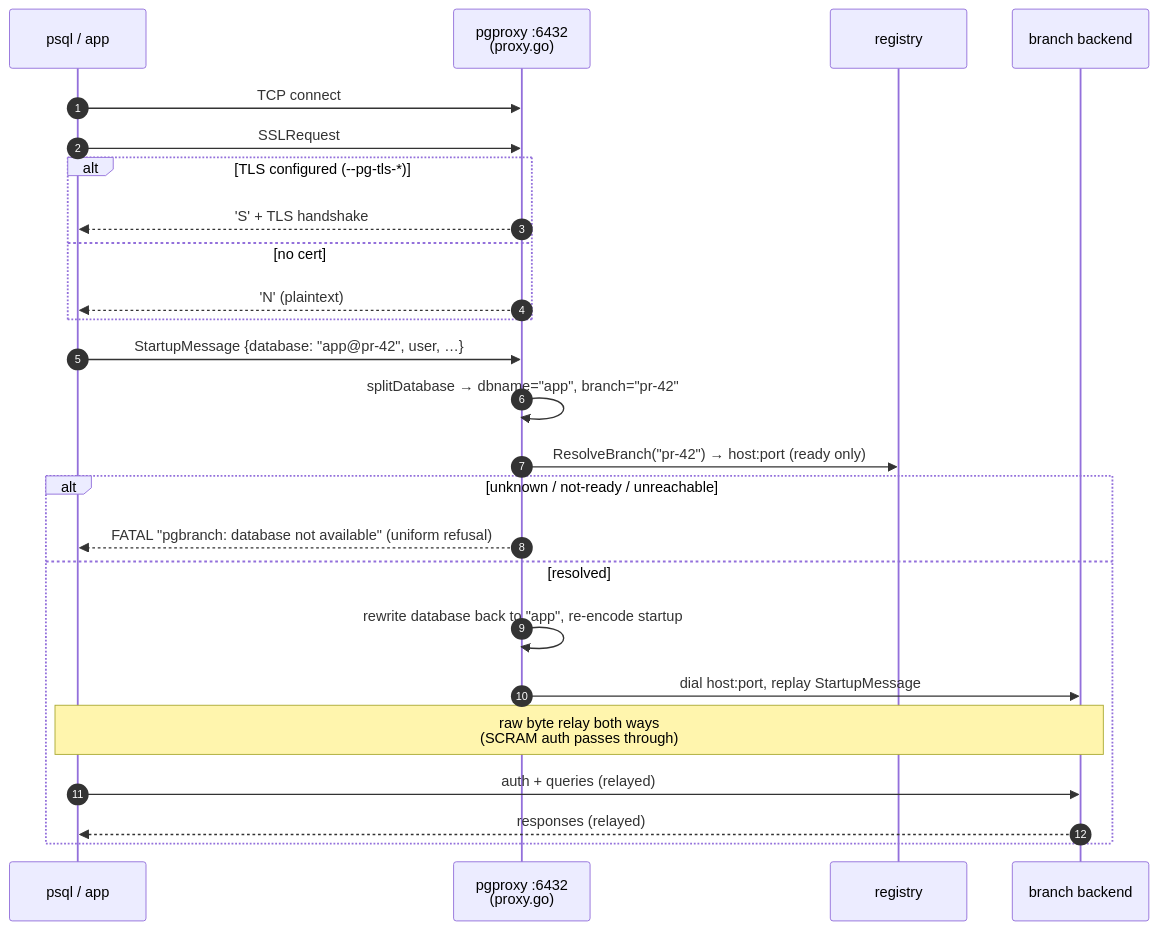
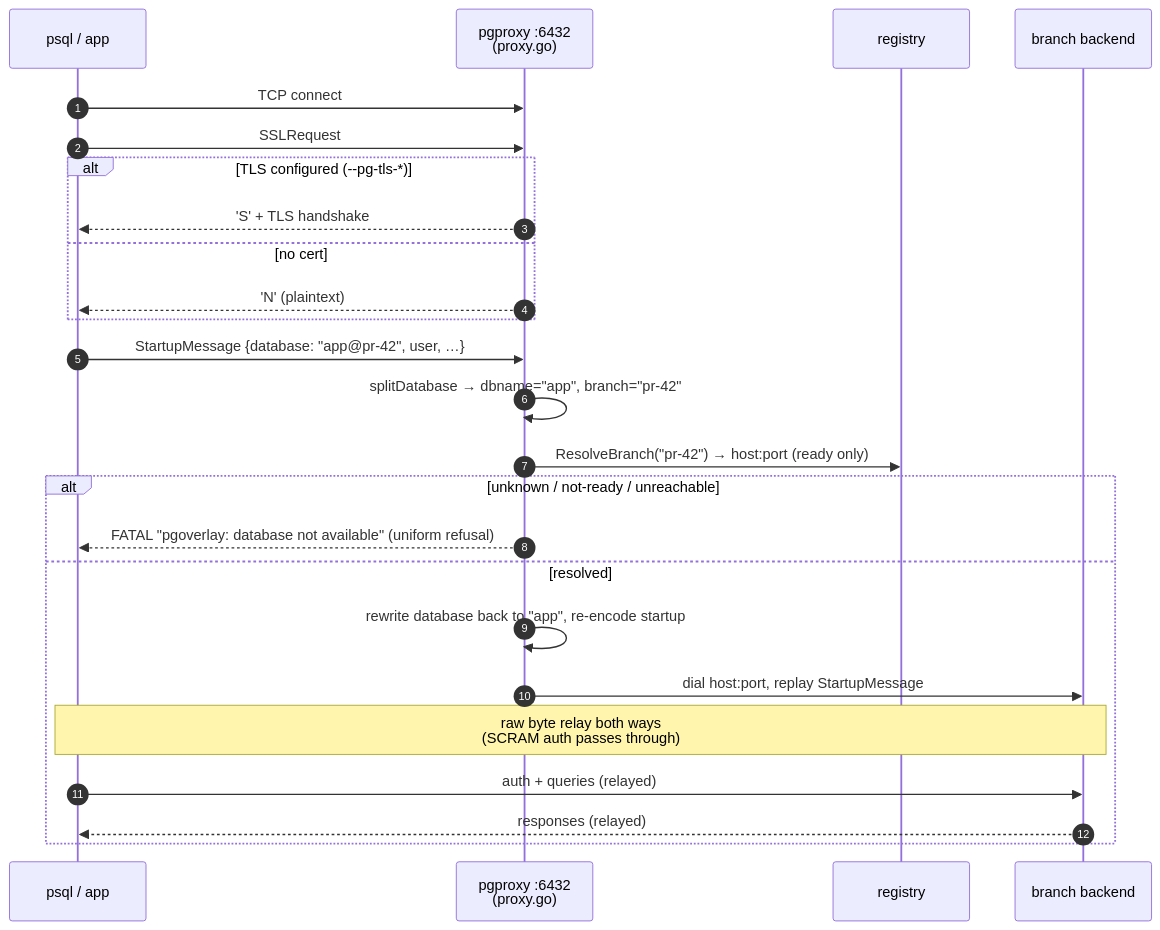
One commit to abd-ulbasit/pgoverlay changed the fourth of 5 diagrams in docs/code-tour.md. Above: the diagram before and after it, drawn with Mermaid. The commit also changed other lines of this file and 159 other files, not shown here.

````diff
--- a/docs/code-tour.md
+++ b/docs/code-tour.md
@@ -354,28 +354,28 @@
 ```mermaid
 sequenceDiagram
     autonumber
     participant C as psql / app
     participant P as pgproxy :6432<br/>(proxy.go)
     participant R as registry
     participant B as branch backend
 
     C->>P: TCP connect
     C->>P: SSLRequest
     alt TLS configured (--pg-tls-*)
         P-->>C: 'S' + TLS handshake
     else no cert
         P-->>C: 'N' (plaintext)
     end
     C->>P: StartupMessage {database: "app@pr-42", user, …}
     P->>P: splitDatabase → dbname="app", branch="pr-42"
     P->>R: ResolveBranch("pr-42") → host:port (ready only)
     alt unknown / not-ready / unreachable
-        P-->>C: FATAL "pgbranch: database not available" (uniform refusal)
+        P-->>C: FATAL "pgoverlay: database not available" (uniform refusal)
     else resolved
         P->>P: rewrite database back to "app", re-encode startup
         P->>B: dial host:port, replay StartupMessage
         Note over C,B: raw byte relay both ways<br/>(SCRAM auth passes through)
         C->>B: auth + queries (relayed)
         B-->>C: responses (relayed)
     end
 ```
````
